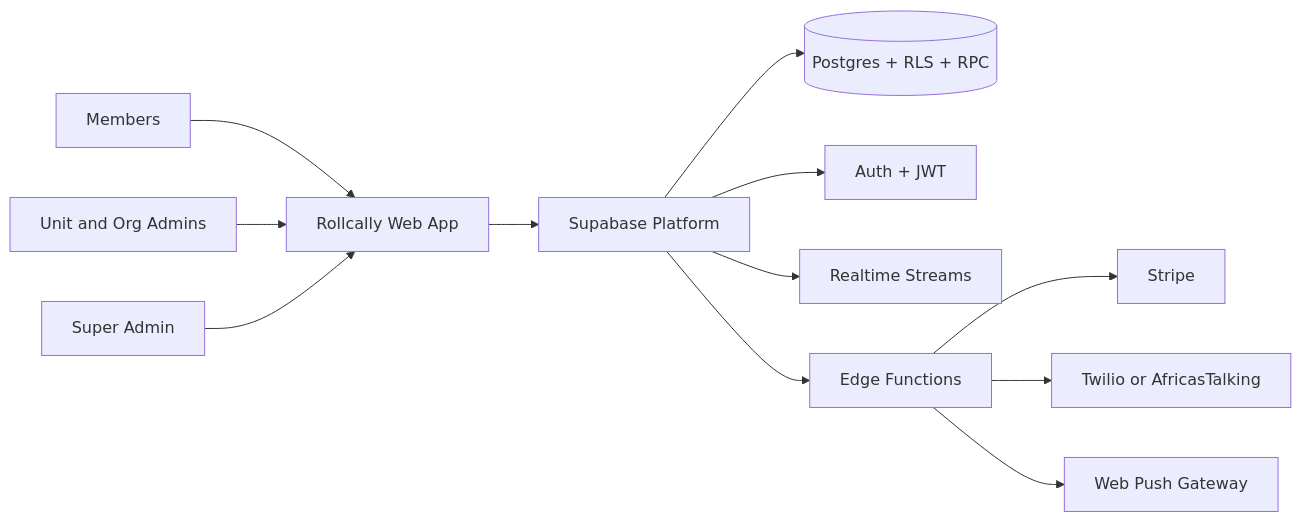
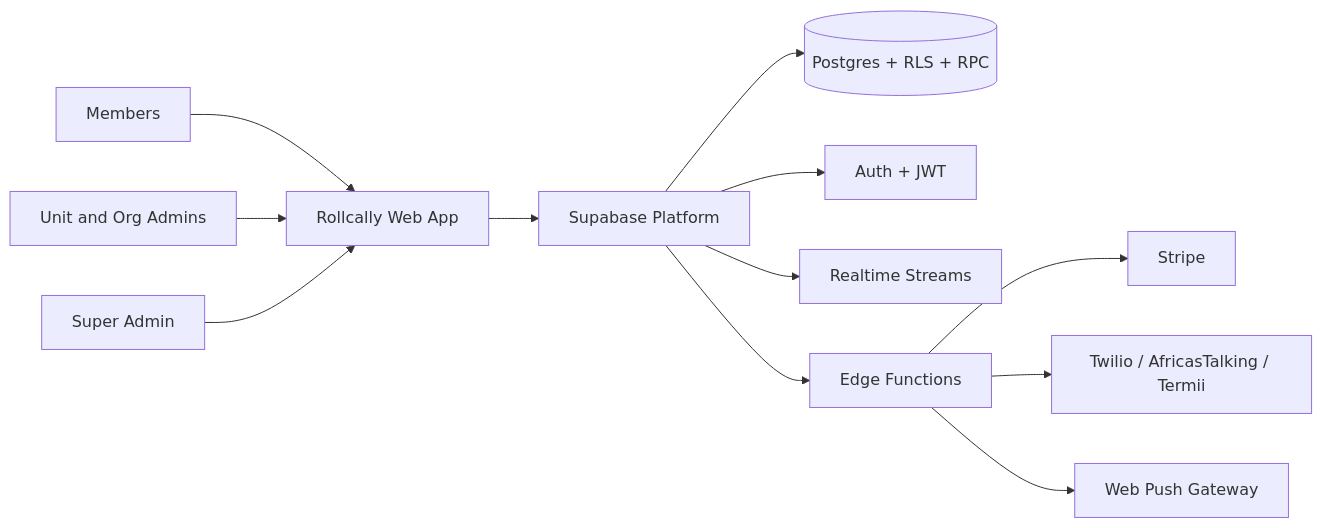
One commit to Jehmni/rollcall changed the first of 6 diagrams in ARCHITECTURE.md. Above: the diagram before and after it, drawn with Mermaid. The commit also changed other lines of this file and 2 other files, not shown here.

First line of the commit message:
docs: update all docs for SMS country routing feature

````diff
--- a/ARCHITECTURE.md
+++ b/ARCHITECTURE.md
@@ -47,16 +47,16 @@
 ```mermaid
 flowchart LR
   U1[Members] --> R[Rollcally Web App]
   U2[Unit and Org Admins] --> R
   U3[Super Admin] --> R
 
   R --> S[Supabase Platform]
   S --> P[(Postgres + RLS + RPC)]
   S --> A[Auth + JWT]
   S --> T[Realtime Streams]
   S --> E[Edge Functions]
 
   E --> STRIPE[Stripe]
-  E --> SMS[Twilio or AfricasTalking]
+  E --> SMS[Twilio / AfricasTalking / Termii]
   E --> PUSH[Web Push Gateway]
 ```
````
